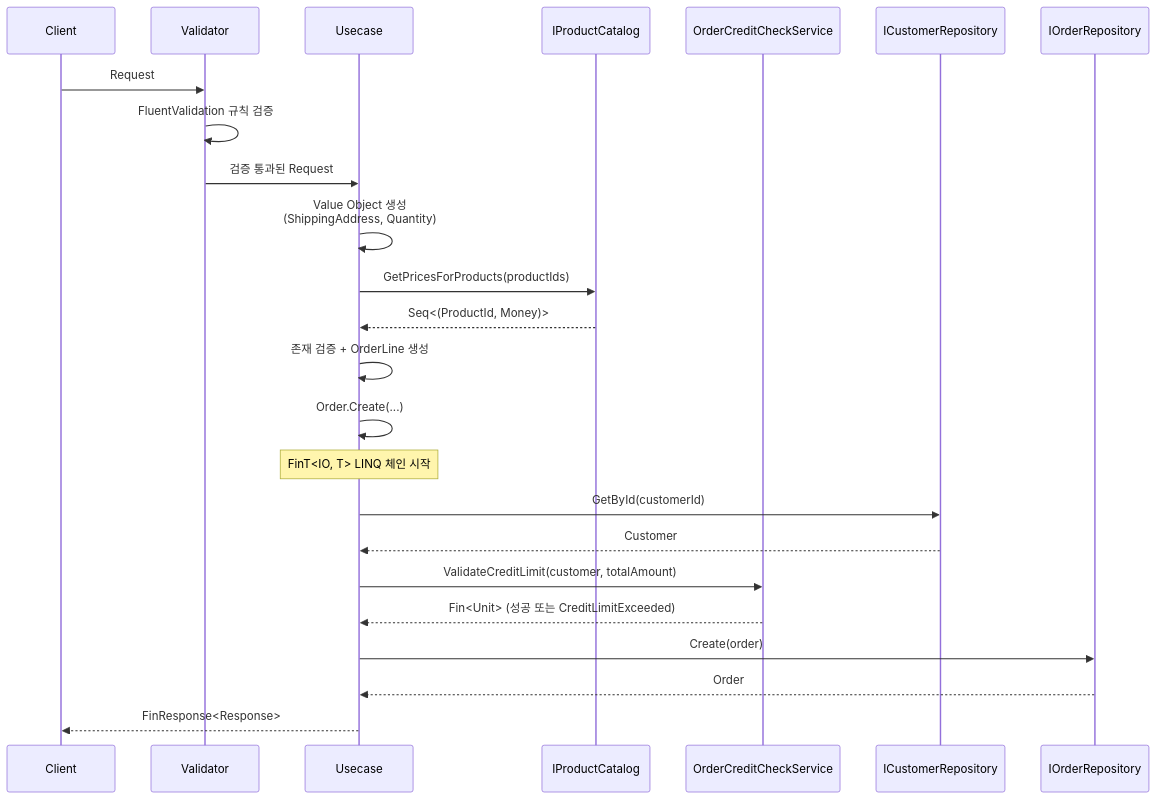
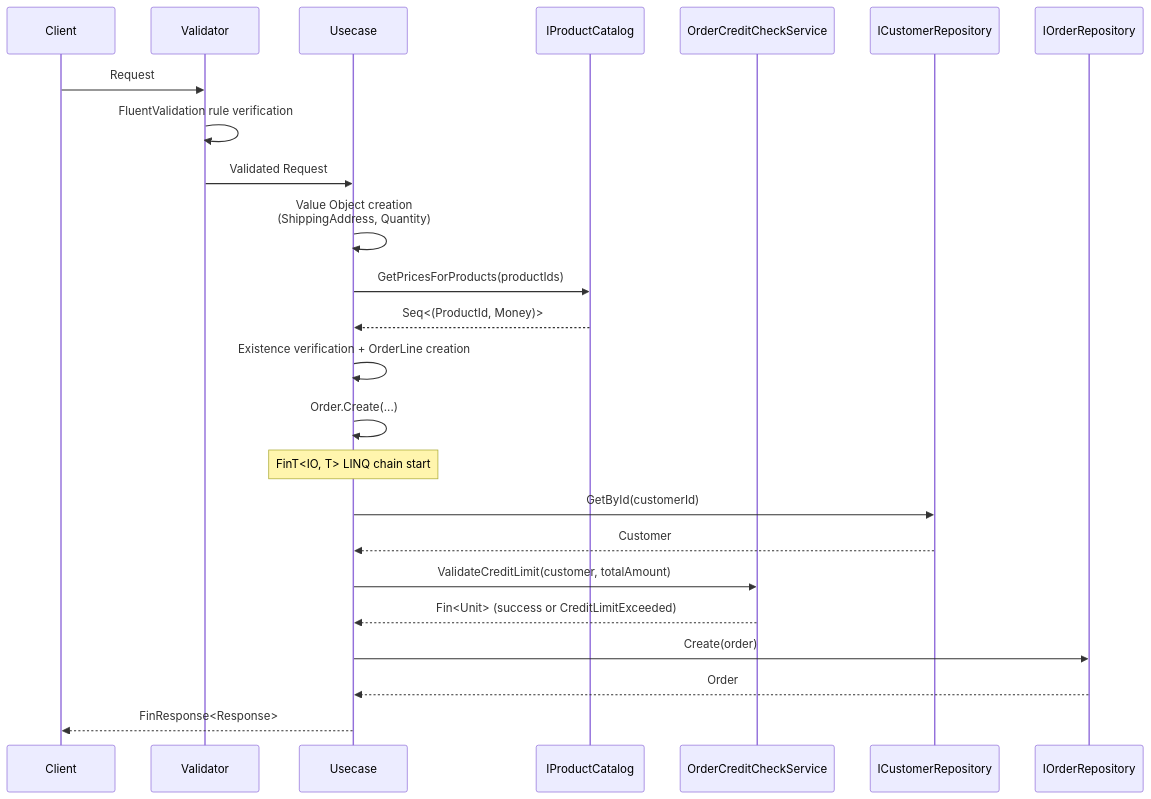
Before and after one commit to hhko/Functorium: the first of 2 diagrams in Docs.Site/src/content/docs/samples/ecommerce-ddd/application/02-code-design.md, drawn with Mermaid. The commit also changed other lines of this file and 39 other files, not shown here.

Commit message:
docs(i18n): ecommerce-ddd 샘플, architecture-rules 튜토리얼, specification 서론 영문 번역

````diff
--- a/Docs.Site/src/content/docs/samples/ecommerce-ddd/application/02-code-design.md
+++ b/Docs.Site/src/content/docs/samples/ecommerce-ddd/application/02-code-design.md
@@ -696,31 +696,31 @@
 ```mermaid
 sequenceDiagram
     participant Client
     participant Validator
     participant Usecase
     participant ProductCatalog as IProductCatalog
     participant CreditCheck as OrderCreditCheckService
     participant CustomerRepo as ICustomerRepository
     participant OrderRepo as IOrderRepository
 
     Client->>Validator: Request
-    Validator->>Validator: FluentValidation 규칙 검증
-    Validator->>Usecase: 검증 통과된 Request
+    Validator->>Validator: FluentValidation rule verification
+    Validator->>Usecase: Validated Request
 
-    Usecase->>Usecase: Value Object 생성<br/>(ShippingAddress, Quantity)
+    Usecase->>Usecase: Value Object creation<br/>(ShippingAddress, Quantity)
     Usecase->>ProductCatalog: GetPricesForProducts(productIds)
     ProductCatalog-->>Usecase: Seq<(ProductId, Money)>
-    Usecase->>Usecase: 존재 검증 + OrderLine 생성
+    Usecase->>Usecase: Existence verification + OrderLine creation
     Usecase->>Usecase: Order.Create(...)
 
-    Note over Usecase: FinT<IO, T> LINQ 체인 시작
+    Note over Usecase: FinT<IO, T> LINQ chain start
 
     Usecase->>CustomerRepo: GetById(customerId)
     CustomerRepo-->>Usecase: Customer
     Usecase->>CreditCheck: ValidateCreditLimit(customer, totalAmount)
-    CreditCheck-->>Usecase: Fin<Unit> (성공 또는 CreditLimitExceeded)
+    CreditCheck-->>Usecase: Fin<Unit> (success or CreditLimitExceeded)
     Usecase->>OrderRepo: Create(order)
     OrderRepo-->>Usecase: Order
 
     Usecase-->>Client: FinResponse<Response>
 ```
````
